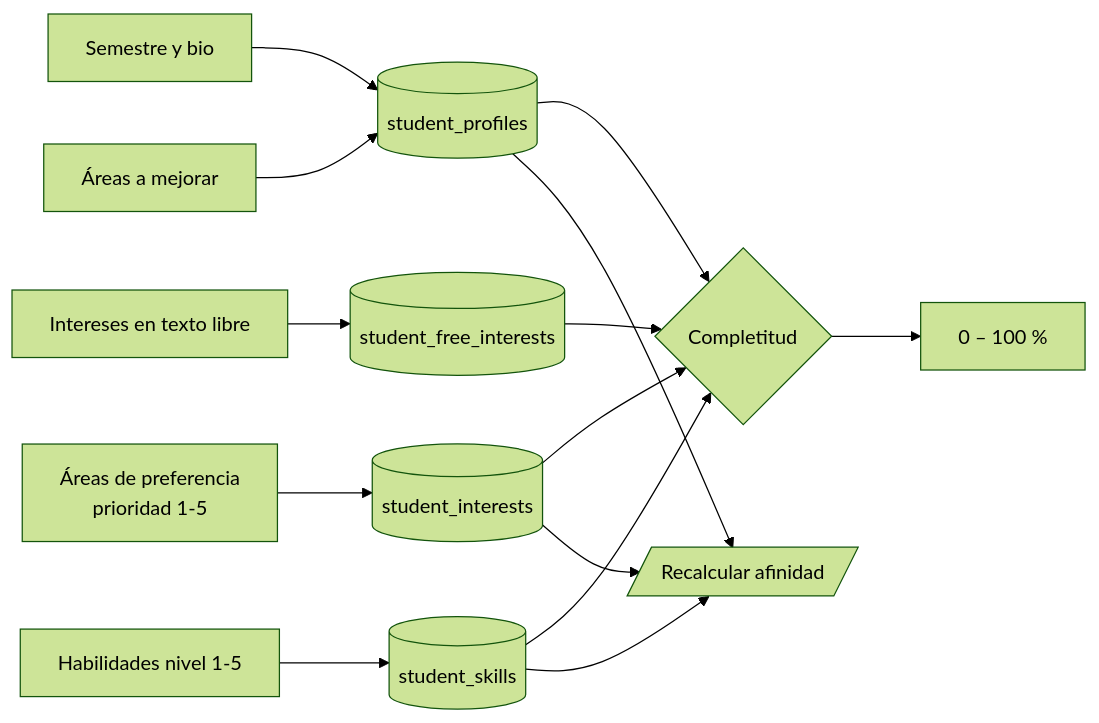
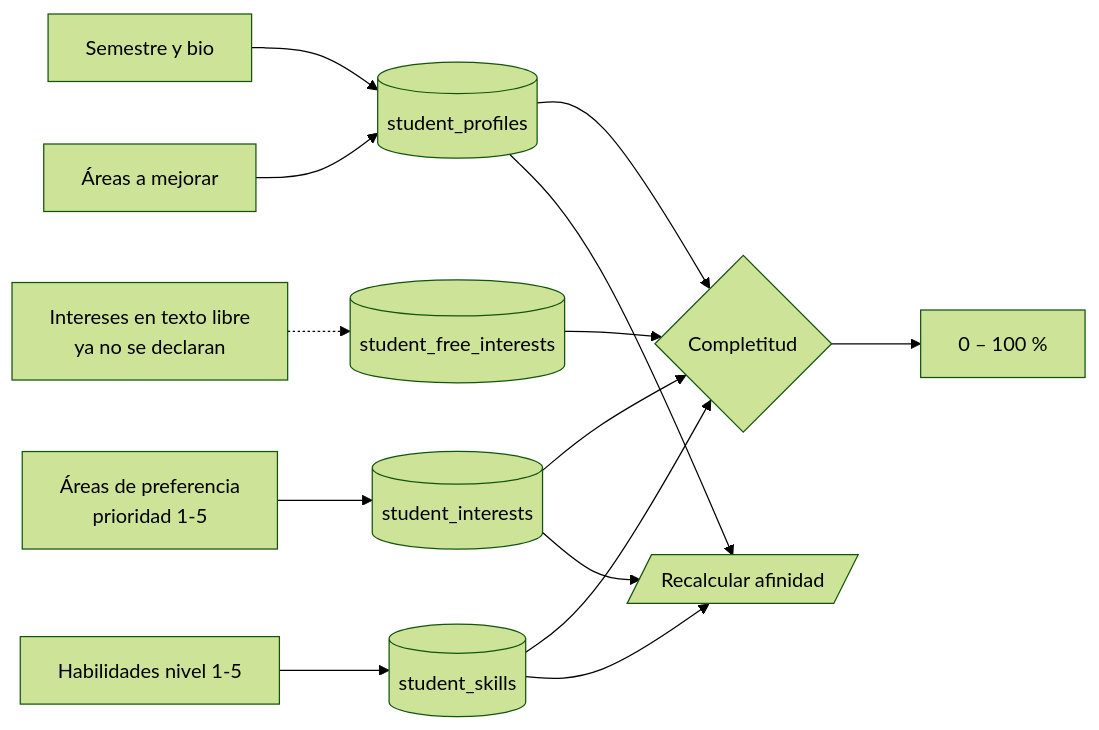
Before and after one commit to Mollo-Israel/SISTEMA-MULTIPLATAFORMA-DEL-PERFIL-ESTUDIANTIL: the fourth of 10 diagrams in docs/EL_SISTEMA_COMPLETO.md, drawn with Mermaid (forest theme). The commit also changed other lines of this file and 4 other files, not shown here.

````diff
--- a/docs/EL_SISTEMA_COMPLETO.md
+++ b/docs/EL_SISTEMA_COMPLETO.md
@@ -243,16 +249,16 @@
 ```mermaid
 flowchart LR
     A[Semestre y bio] --> C[(student_profiles)]
     B1[Áreas de preferencia<br/>prioridad 1-5] --> C2[(student_interests)]
-    B2[Intereses en texto libre] --> C3[(student_free_interests)]
+    B2[Intereses en texto libre<br/>ya no se declaran] -.-> C3[(student_free_interests)]
     B3[Habilidades nivel 1-5] --> C4[(student_skills)]
     B4[Áreas a mejorar] --> C
     C --> D{Completitud}
     C2 --> D
     C3 --> D
     C4 --> D
     D --> E[0 – 100 %]
     C --> F[/Recalcular afinidad/]
     C2 --> F
     C4 --> F
 ```
````
